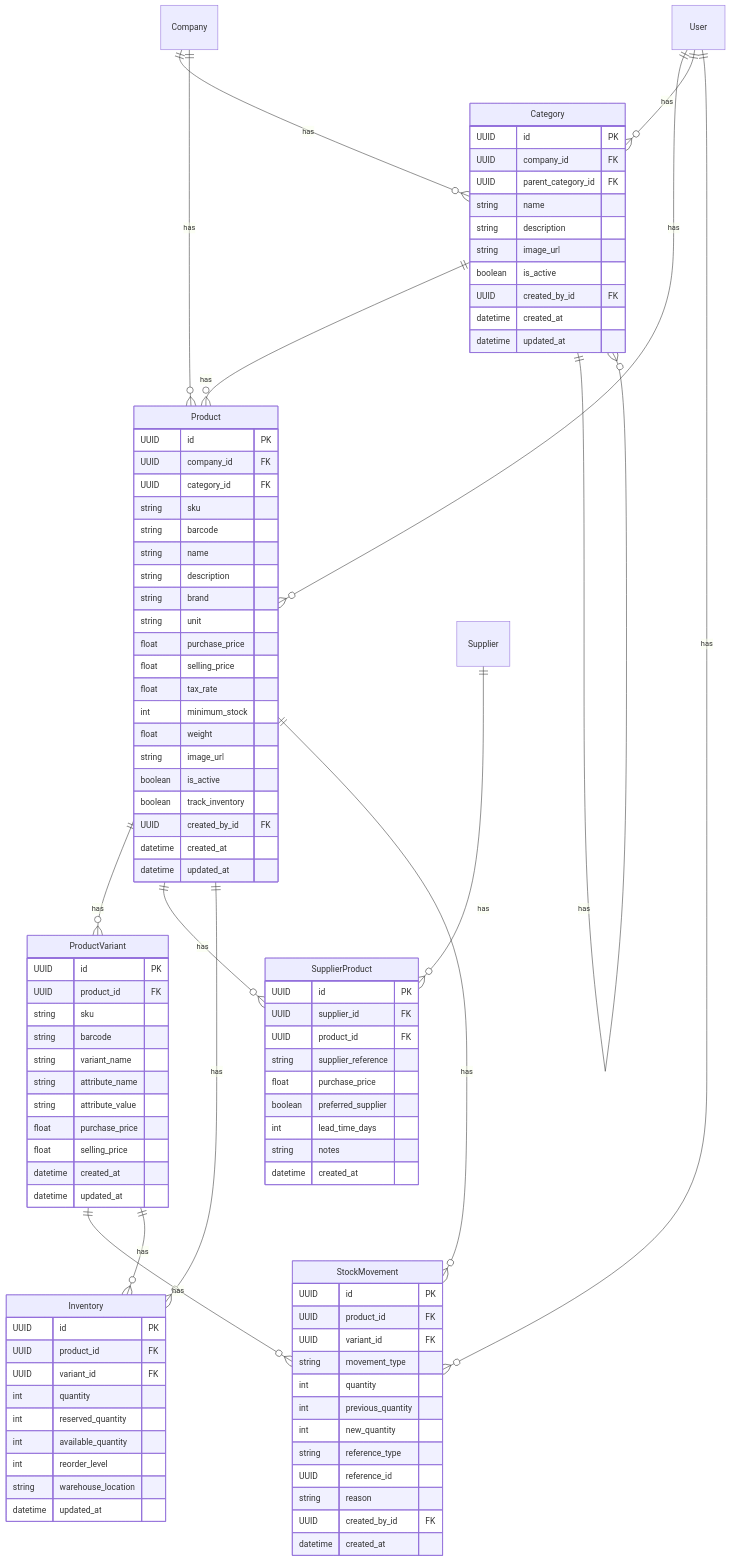
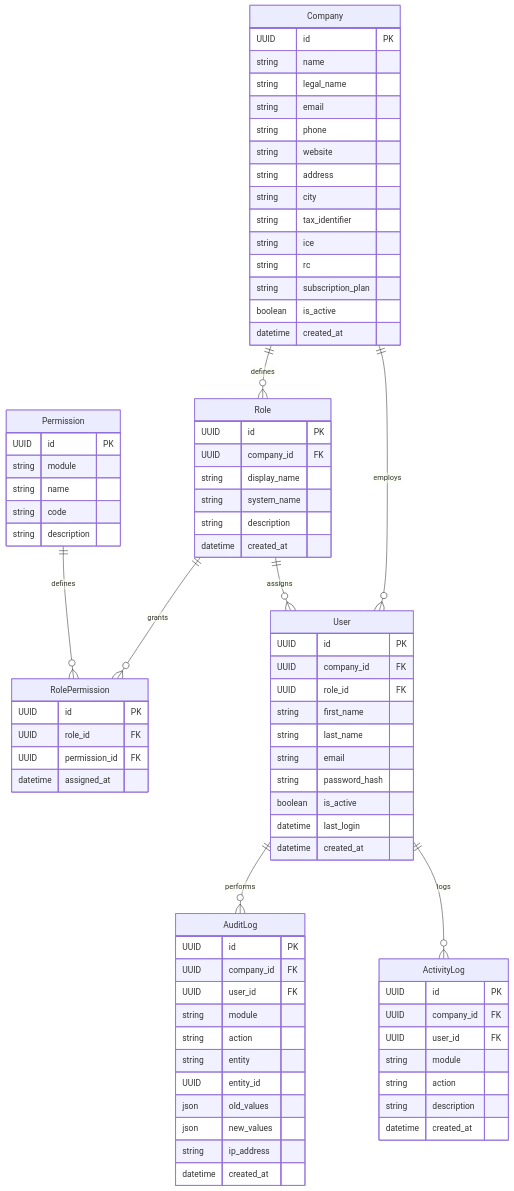
One commit to ArimasHolding/TadbirAI changed the third of 10 diagrams in SAD_and_SDD.md. Above: the diagram before and after it, drawn with Mermaid. The commit also changed other lines of this file and 7 other files, not shown here.

````diff
--- a/SAD_and_SDD.md
+++ b/SAD_and_SDD.md
@@ -492,101 +182,82 @@
 ```mermaid
 erDiagram
-    Category {
+    Company {
+        UUID id PK
+        string name
+        string legal_name
+        string email
+        string phone
+        string website
+        string address
+        string city
+        string tax_identifier
+        string ice
+        string rc
+        string subscription_plan
+        boolean is_active
+        datetime created_at
+    }
+    Role {
         UUID id PK
         UUID company_id FK
-        UUID parent_category_id FK
+        string display_name
+        string system_name
+        string description
+        datetime created_at
+    }
+    Permission {
+        UUID id PK
+        string module
         string name
+        string code
         string description
-        string image_url
-        boolean is_active
-        UUID created_by_id FK
-        datetime created_at
-        datetime updated_at
     }
-    Product {
+    RolePermission {
+        UUID id PK
+        UUID role_id FK
+        UUID permission_id FK
+        datetime assigned_at
+    }
+    User {
         UUID id PK
         UUID company_id FK
-        UUID category_id FK
-        string sku
-        string barcode
-        string name
-        string description
-        string brand
-        string unit
-        float purchase_price
-        float selling_price
-        float tax_rate
-        int minimum_stock
-        float weight
-        string image_url
+        UUID role_id FK
+        string first_name
+        string last_name
+        string email
+        string password_hash
         boolean is_active
-        boolean track_inventory
-        UUID created_by_id FK
-        datetime created_at
-        datetime updated_at
-    }
-    ProductVariant {
-        UUID id PK
-        UUID product_id FK
-        string sku
-        string barcode
-        string variant_name
-        string attribute_name
-        string attribute_value
-        float purchase_price
-        float selling_price
-        datetime created_at
-        datetime updated_at
-    }
-    Inventory {
-        UUID id PK
-        UUID product_id FK
-        UUID variant_id FK
-        int quantity
-        int reserved_quantity
-        int available_quantity
-        int reorder_level
-        string warehouse_location
-        datetime updated_at
-    }
-    StockMovement {
-        UUID id PK
-        UUID product_id FK
-        UUID variant_id FK
-        string movement_type
-        int quantity
-        int previous_quantity
-        int new_quantity
-        string reference_type
-        UUID reference_id
-        string reason
-        UUID created_by_id FK
+        datetime last_login
         datetime created_at
     }
-    SupplierProduct {
+    AuditLog {
         UUID id PK
-        UUID supplier_id FK
-        UUID product_id FK
-        string supplier_reference
-        float purchase_price
-        boolean preferred_supplier
-        int lead_time_days
-        string notes
+        UUID company_id FK
+        UUID user_id FK
+        string module
+        string action
+        string entity
+        UUID entity_id
+        json old_values
+        json new_values
+        string ip_address
+        datetime created_at
+    }
+    ActivityLog {
+        UUID id PK
+        UUID company_id FK
+        UUID user_id FK
+        string module
+        string action
+        string description
         datetime created_at
     }
 
-    Category ||--o{ Product : has
-    Product ||--o{ ProductVariant : has
-    Product ||--o{ SupplierProduct : has
-    Company ||--o{ Category : has
-    Category ||--o{ Category : has
-    Supplier ||--o{ SupplierProduct : has
-    User ||--o{ Product : has
-    Company ||--o{ Product : has
-    Product ||--o{ Inventory : has
-    User ||--o{ Category : has
-    Product ||--o{ StockMovement : has
-    ProductVariant ||--o{ StockMovement : has
-    ProductVariant ||--o{ Inventory : has
-    User ||--o{ StockMovement : has
+    Company ||--o{ Role : defines
+    Company ||--o{ User : employs
+    Role ||--o{ User : assigns
+    Role ||--o{ RolePermission : grants
+    Permission ||--o{ RolePermission : defines
+    User ||--o{ AuditLog : performs
+    User ||--o{ ActivityLog : logs
 ```
````
